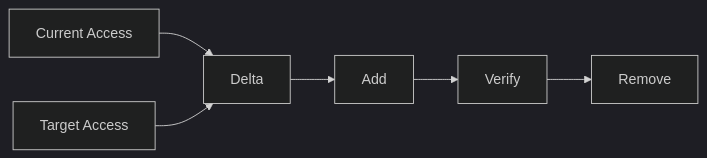
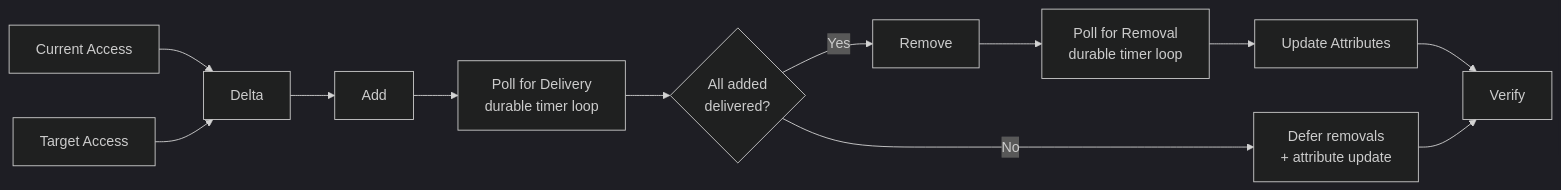
The second of 5 diagrams in READme.md (donhenzo/JML-EnigneV2), drawn with Mermaid (dark theme) before and after one commit. The commit also changed other lines of this file and 2 other files, not shown here.

````diff
--- a/READme.md
+++ b/READme.md
@@ -55,6 +57,11 @@
 ```mermaid
 flowchart LR
     CUR["Current Access"] --> DELTA["Delta"]
     TGT["Target Access"] --> DELTA
-    DELTA --> ADD["Add"] --> VER["Verify"] --> REM["Remove"]
+    DELTA --> ADD["Add"]
+    ADD --> POLL1["Poll for Delivery<br/>durable timer loop"]
+    POLL1 --> GATE{"All added<br/>delivered?"}
+    GATE -->|Yes| REM["Remove"] --> POLL2["Poll for Removal<br/>durable timer loop"]
+    POLL2 --> ATTR["Update Attributes"] --> VER["Verify"]
+    GATE -->|No| DEFER["Defer removals<br/>+ attribute update"] --> VER
 ```
````
